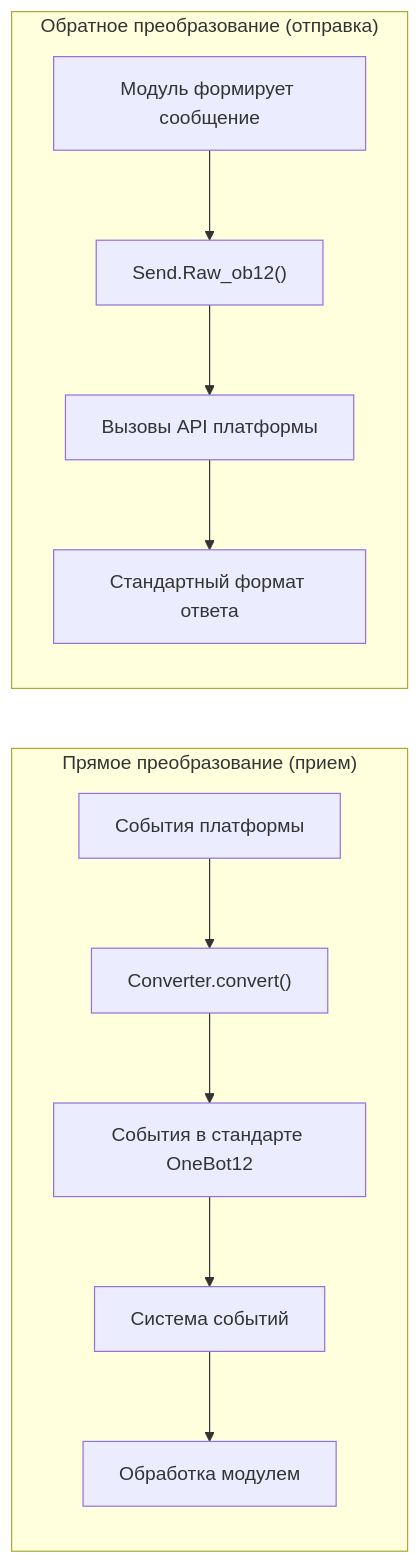
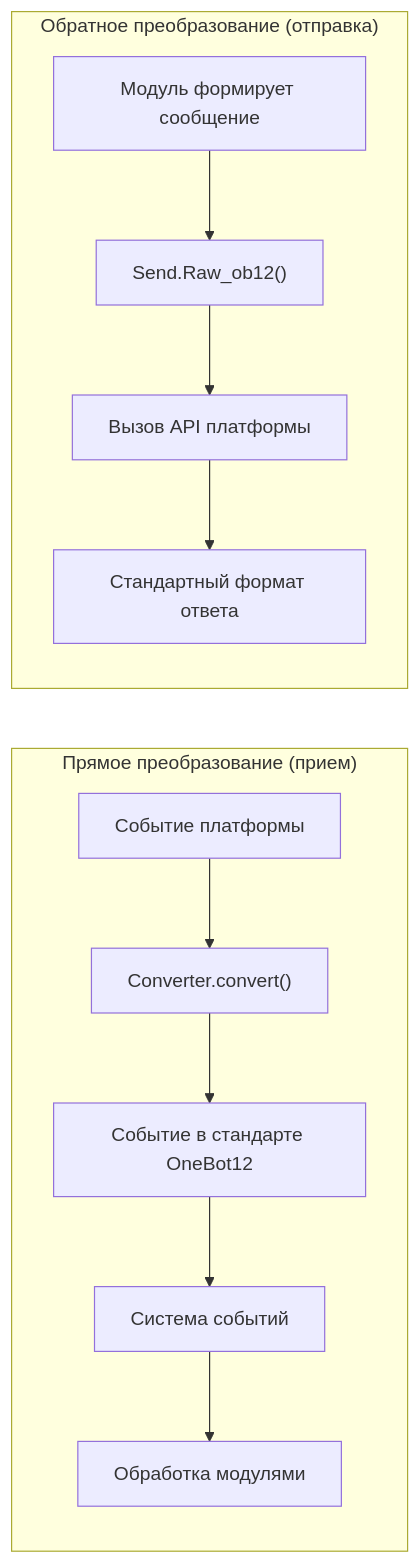
The diagram in docs/ru/developer-guide/adapters/getting-started.md (ErisPulse/ErisPulse), drawn with Mermaid before and after one commit. The commit also changed other lines of this file and 43 other files, not shown here.

````diff
--- a/docs/ru/developer-guide/adapters/getting-started.md
+++ b/docs/ru/developer-guide/adapters/getting-started.md
@@ -18,11 +21,11 @@
 ```mermaid
 flowchart LR
     subgraph receive["Прямое преобразование (прием)"]
         direction TB
-        P1["События платформы"] --> C1["Converter.convert()"] --> O1["События в стандарте OneBot12"] --> S1["Система событий"] --> M1["Обработка модулем"]
+        P1["Событие платформы"] --> C1["Converter.convert()"] --> O1["Событие в стандарте OneBot12"] --> S1["Система событий"] --> M1["Обработка модулями"]
     end
     subgraph send["Обратное преобразование (отправка)"]
         direction TB
-        M2["Модуль формирует сообщение"] --> R1["Send.Raw_ob12()"] --> N1["Вызовы API платформы"] --> R2["Стандартный формат ответа"]
+        M2["Модуль формирует сообщение"] --> R1["Send.Raw_ob12()"] --> N1["Вызов API платформы"] --> R2["Стандартный формат ответа"]
     end
 ```
````
